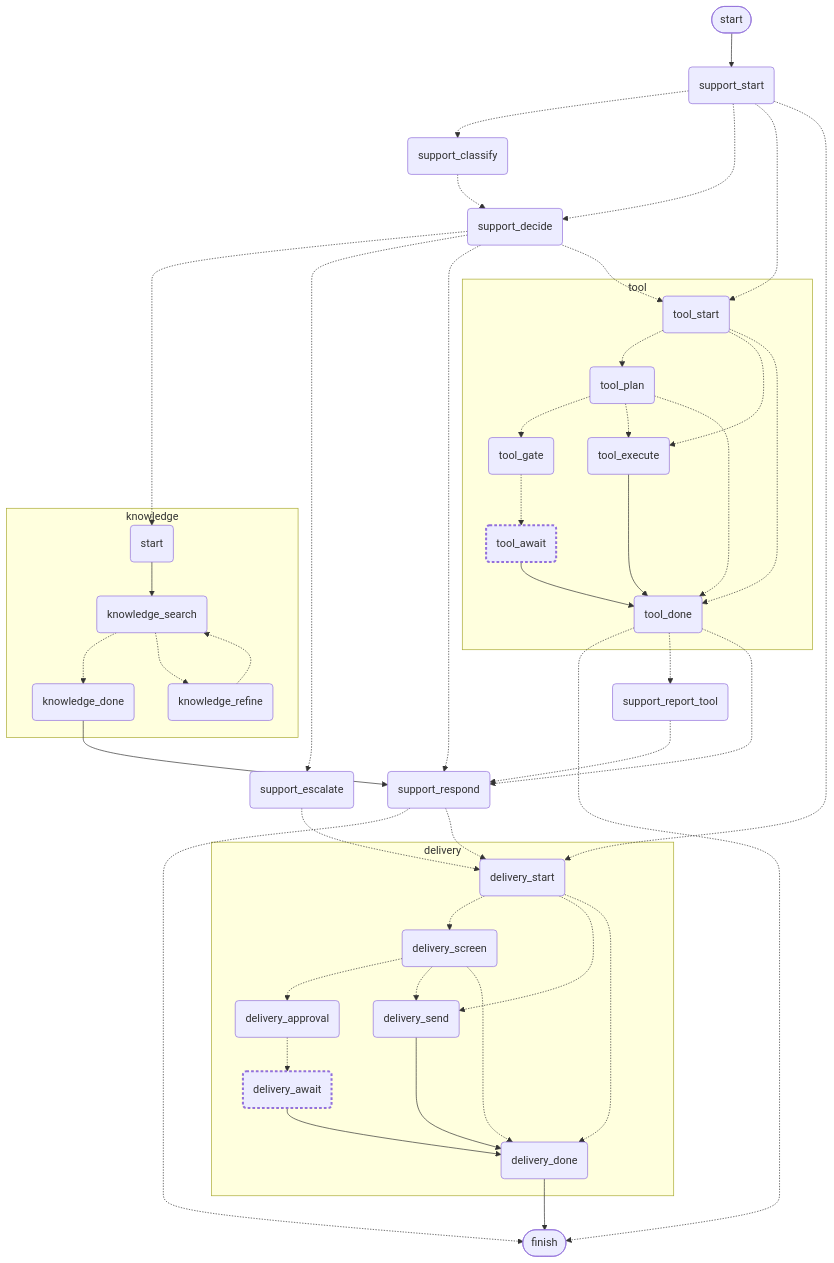
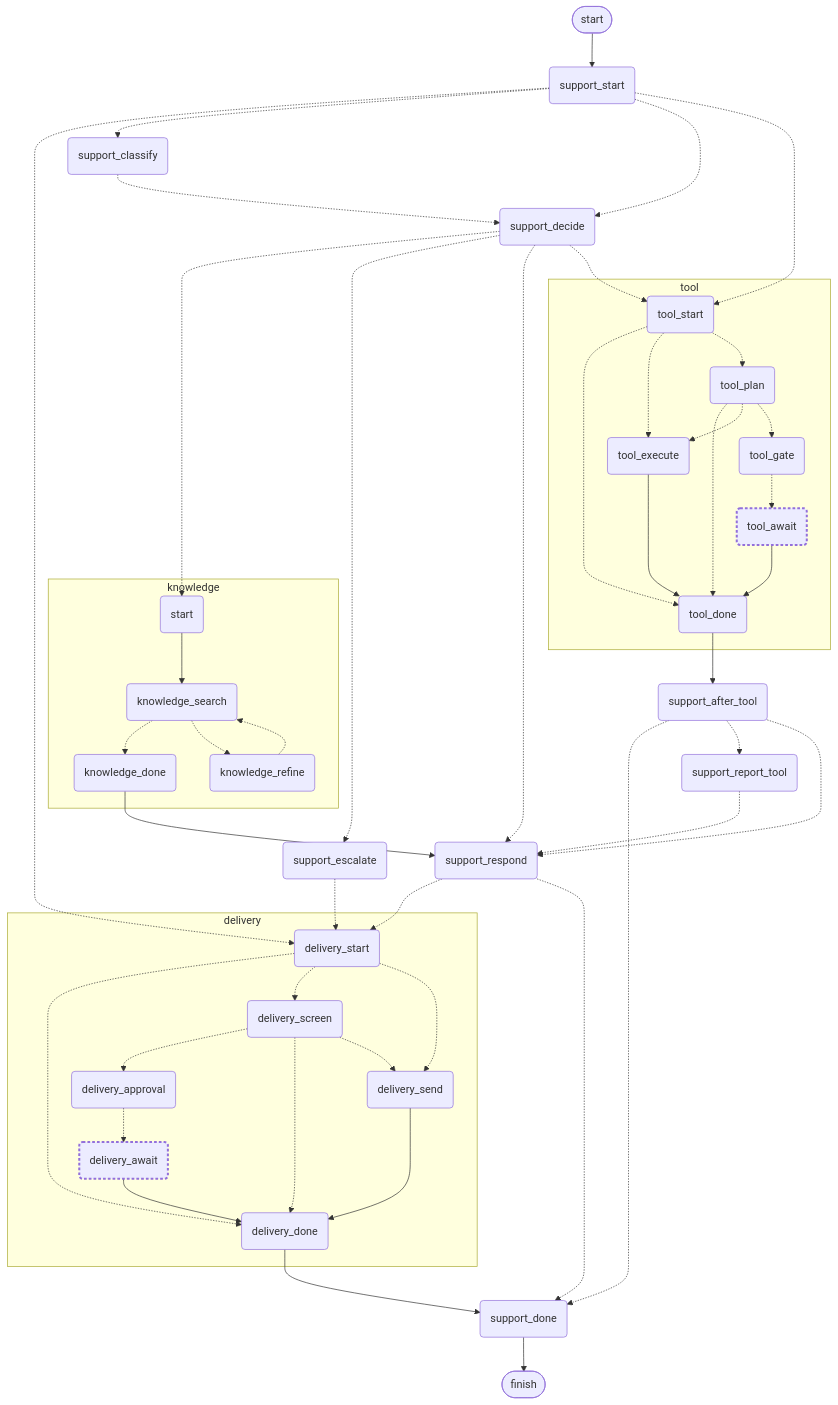
The diagram in src/content/posts/agent-graph-engineering/06-subgraphs-multi-agent-system.md (huynguyengl99/huynguyengl99.github.io), drawn with Mermaid before and after one commit. The commit also changed other lines of this file and 1 other file, not shown here.

````diff
--- a/src/content/posts/agent-graph-engineering/06-subgraphs-multi-agent-system.md
+++ b/src/content/posts/agent-graph-engineering/06-subgraphs-multi-agent-system.md
@@ -63,77 +63,81 @@
 ```mermaid
 graph TD;
     start([start])
     support_start(support_start)
     support_classify(support_classify)
     support_decide(support_decide)
     support_escalate(support_escalate)
     support_report_tool(support_report_tool)
     support_respond(support_respond)
+    support_after_tool(support_after_tool)
+    support_done(support_done)
     finish([finish])
     start --> support_start;
+    delivery_done --> support_done;
     knowledge_done --> support_respond;
+    support_after_tool -.-> support_done;
+    support_after_tool -.-> support_report_tool;
+    support_after_tool -.-> support_respond;
     support_classify -.-> support_decide;
     support_decide -.-> knowledge_entry;
     support_decide -.-> support_escalate;
     support_decide -.-> support_respond;
     support_decide -.-> tool_start;
     support_escalate -.-> delivery_start;
     support_report_tool -.-> support_respond;
-    support_respond -.-> finish;
     support_respond -.-> delivery_start;
+    support_respond -.-> support_done;
+    support_start -.-> delivery_start;
     support_start -.-> support_classify;
     support_start -.-> support_decide;
     support_start -.-> tool_start;
-    support_start -.-> delivery_start;
-    tool_done -.-> finish;
-    tool_done -.-> support_report_tool;
-    tool_done -.-> support_respond;
-    delivery_done --> finish;
+    tool_done --> support_after_tool;
+    support_done --> finish;
     subgraph knowledge
     knowledge_entry(start)
     knowledge_search(knowledge_search)
     knowledge_refine(knowledge_refine)
     knowledge_done(knowledge_done)
     knowledge_entry --> knowledge_search;
     knowledge_refine -.-> knowledge_search;
     knowledge_search -.-> knowledge_done;
     knowledge_search -.-> knowledge_refine;
     end
     subgraph tool
     tool_start(tool_start)
     tool_plan(tool_plan)
     tool_gate(tool_gate)
     tool_await(tool_await)
     tool_execute(tool_execute)
     tool_done(tool_done)
-    tool_start -.-> tool_plan;
-    tool_start -.-> tool_execute;
-    tool_start -.-> tool_done;
-    tool_plan -.-> tool_gate;
-    tool_plan -.-> tool_execute;
-    tool_plan -.-> tool_done;
-    tool_gate -.-> tool_await;
     tool_await --> tool_done;
     tool_execute --> tool_done;
+    tool_gate -.-> tool_await;
+    tool_plan -.-> tool_done;
+    tool_plan -.-> tool_execute;
+    tool_plan -.-> tool_gate;
+    tool_start -.-> tool_done;
+    tool_start -.-> tool_execute;
+    tool_start -.-> tool_plan;
     end
     subgraph delivery
     delivery_start(delivery_start)
     delivery_screen(delivery_screen)
     delivery_approval(delivery_approval)
     delivery_await(delivery_await)
     delivery_send(delivery_send)
     delivery_done(delivery_done)
+    delivery_approval -.-> delivery_await;
+    delivery_await --> delivery_done;
+    delivery_screen -.-> delivery_approval;
+    delivery_screen -.-> delivery_done;
+    delivery_screen -.-> delivery_send;
+    delivery_send --> delivery_done;
+    delivery_start -.-> delivery_done;
     delivery_start -.-> delivery_screen;
     delivery_start -.-> delivery_send;
-    delivery_start -.-> delivery_done;
-    delivery_screen -.-> delivery_approval;
-    delivery_screen -.-> delivery_send;
-    delivery_screen -.-> delivery_done;
-    delivery_approval -.-> delivery_await;
-    delivery_await --> delivery_done;
-    delivery_send --> delivery_done;
     end
     classDef blocking stroke-width:3px,stroke-dasharray:4 3;
     class delivery_await blocking;
     class tool_await blocking;
 ```
````
